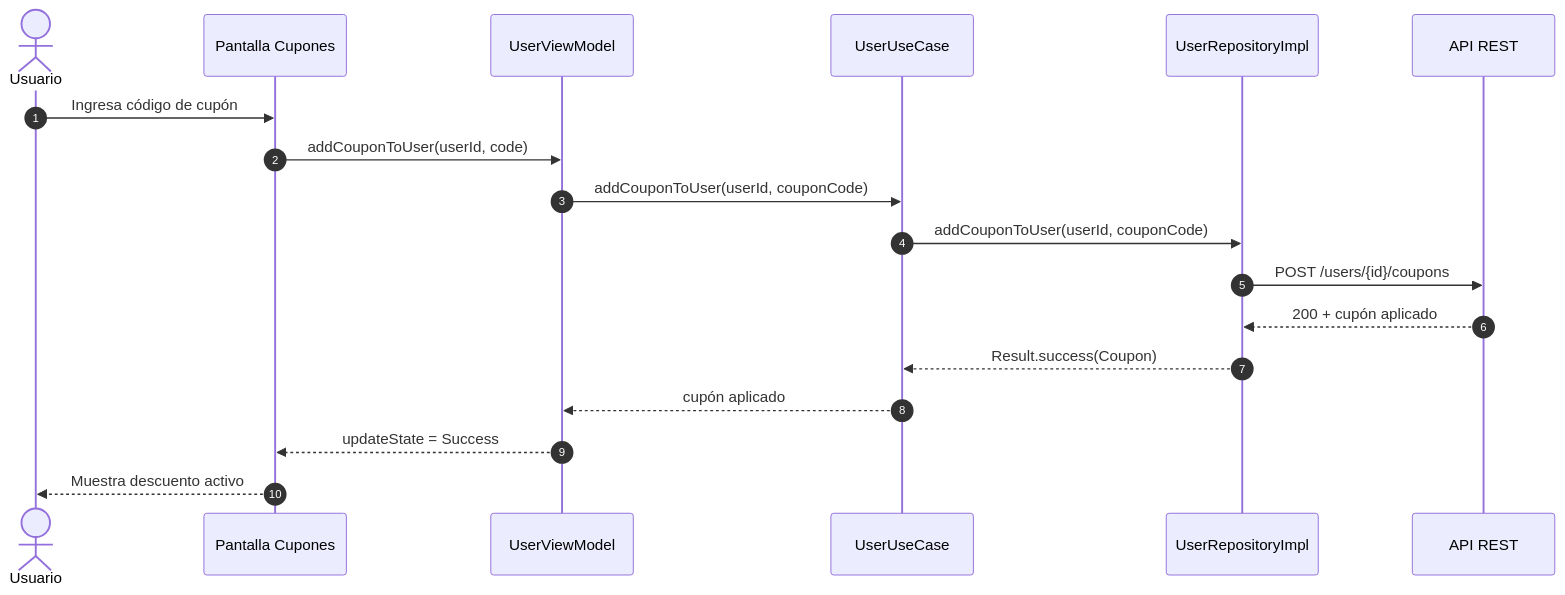
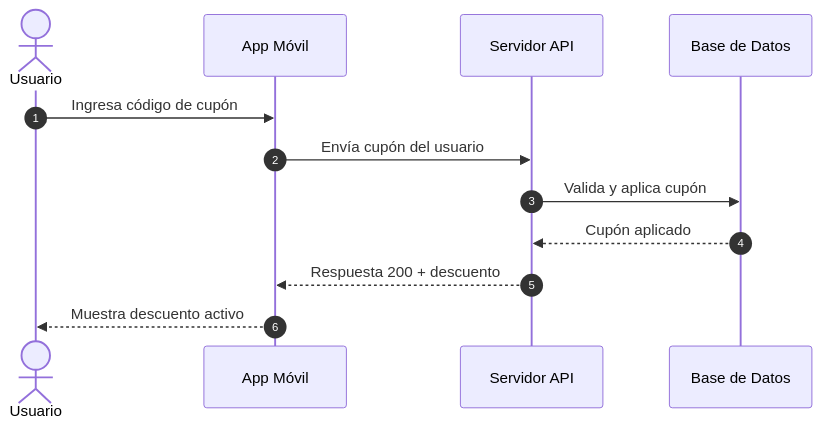
Before and after one commit to asobrados03/HumanPerformApp: diagram 11 of 12 in docs/SEQUENCE_DIAGRAMS.md, drawn with Mermaid. The commit also changed other lines of this file, not shown here.

Commit message:
Ajustar diagrama de métodos de pago para usar Stripe

````diff
--- a/docs/SEQUENCE_DIAGRAMS.md
+++ b/docs/SEQUENCE_DIAGRAMS.md
@@ -259,21 +189,15 @@
 ```mermaid
 sequenceDiagram
     autonumber
     actor U as Usuario
-    participant UI as Pantalla Cupones
-    participant VM as UserViewModel
-    participant UC as UserUseCase
-    participant REPO as UserRepositoryImpl
-    participant API as API REST
+    participant APP as App Móvil
+    participant API as Servidor API
+    participant DB as Base de Datos
 
-    U->>UI: Ingresa código de cupón
-    UI->>VM: addCouponToUser(userId, code)
-    VM->>UC: addCouponToUser(userId, couponCode)
-    UC->>REPO: addCouponToUser(userId, couponCode)
-    REPO->>API: POST /users/{id}/coupons
-    API-->>REPO: 200 + cupón aplicado
-    REPO-->>UC: Result.success(Coupon)
-    UC-->>VM: cupón aplicado
-    VM-->>UI: updateState = Success
-    UI-->>U: Muestra descuento activo
+    U->>APP: Ingresa código de cupón
+    APP->>API: Envía cupón del usuario
+    API->>DB: Valida y aplica cupón
+    DB-->>API: Cupón aplicado
+    API-->>APP: Respuesta 200 + descuento
+    APP-->>U: Muestra descuento activo
 ```
````
